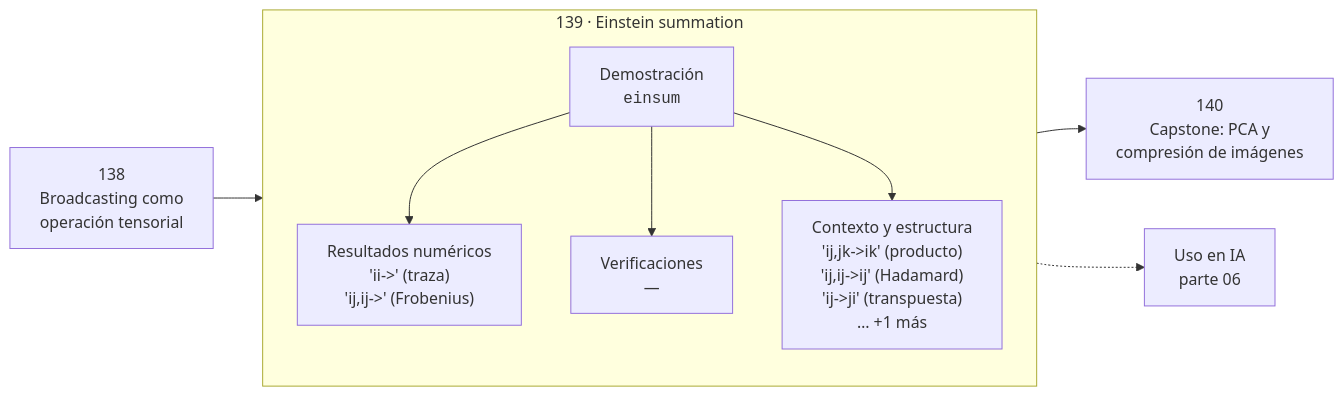
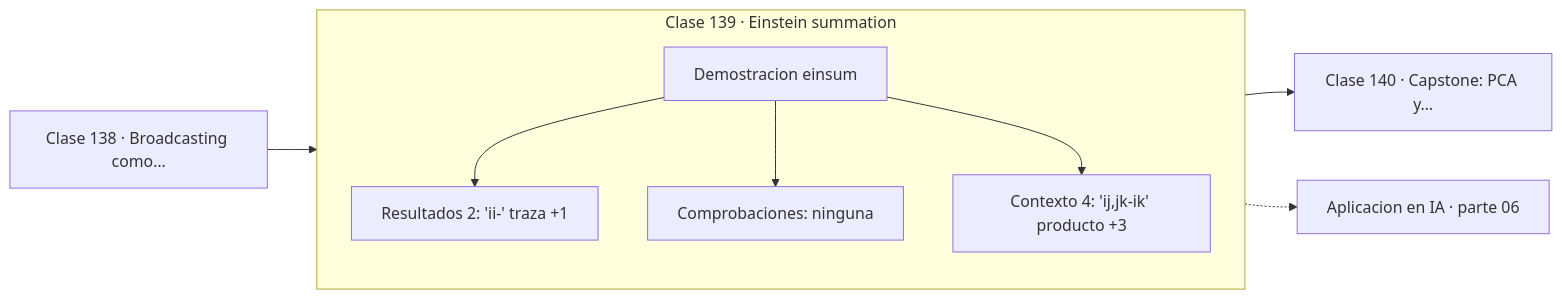
The diagram in classes/part-06-algebra-lineal-ii-descomposiciones-y-tensores/139-einstein-summation/README.md (vladimiracunadev-create/computational-mathematics-program), drawn with Mermaid before and after one commit. The commit also changed 389 other files, not shown here.

First line of the commit message:
fix(diagramas): elimina el HTML de las etiquetas Mermaid

````diff
--- a/classes/part-06-algebra-lineal-ii-descomposiciones-y-tensores/139-einstein-summation/README.md
+++ b/classes/part-06-algebra-lineal-ii-descomposiciones-y-tensores/139-einstein-summation/README.md
@@ -30,12 +30,13 @@
 ```mermaid
 flowchart LR
-    P["138<br/>Broadcasting como<br/>operación tensorial"] --> C
-    subgraph C["139 · Einstein summation"]
+    P["Clase 138 · Broadcasting como…"] --> D
+    subgraph CLASE["Clase 139 · Einstein summation"]
         direction TB
-        D["Demostración<br/><code>einsum</code>"] --> R["Resultados numéricos<br/>'ii->' (traza)<br/>'ij,ij->' (Frobenius)"]
-        D --> V["Verificaciones<br/>—"]
-        D --> O["Contexto y estructura<br/>'ij,jk->ik' (producto)<br/>'ij,ij->ij' (Hadamard)<br/>'ij->ji' (transpuesta)<br/>… +1 más"]
+        D["Demostracion einsum"]
+        D --> R["Resultados 2: 'ii-' traza +1"]
+        D --> V["Comprobaciones: ninguna"]
+        D --> O["Contexto 4: 'ij,jk-ik' producto +3"]
     end
-    C --> N["140<br/>Capstone: PCA y<br/>compresión de imágenes"]
-    C -.-> IA["Uso en IA<br/>parte 06"]
+    R --> N["Clase 140 · Capstone: PCA y…"]
+    V -.-> IA["Aplicacion en IA · parte 06"]
 ```
````
